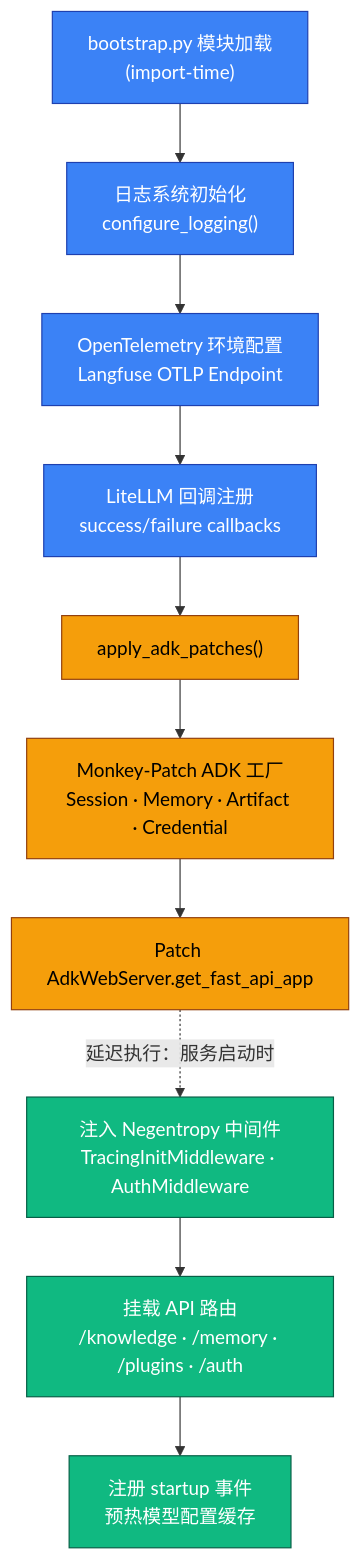
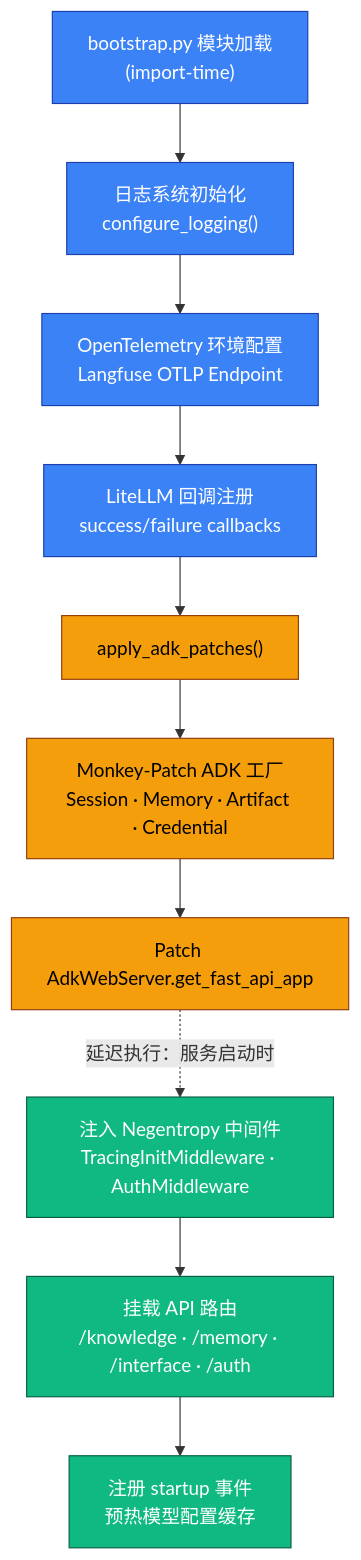
Before and after one commit to ThreeFish-AI/negentropy: the fifth of 10 diagrams in docs/framework.md, drawn with Mermaid. The commit also changed other lines of this file and 285 other files, not shown here.

````diff
--- a/docs/framework.md
+++ b/docs/framework.md
@@ -372,21 +372,21 @@
 ```mermaid
 flowchart TD
     A["bootstrap.py 模块加载<br>(import-time)"] --> B["日志系统初始化<br>configure_logging()"]
     B --> C["OpenTelemetry 环境配置<br>Langfuse OTLP Endpoint"]
     C --> D["LiteLLM 回调注册<br>success/failure callbacks"]
     D --> E["apply_adk_patches()"]
     E --> F["Monkey-Patch ADK 工厂<br>Session · Memory · Artifact · Credential"]
     F --> G["Patch AdkWebServer.get_fast_api_app"]
 
     G -.->|"延迟执行：服务启动时"| H["注入 Negentropy 中间件<br>TracingInitMiddleware · AuthMiddleware"]
-    H --> I["挂载 API 路由<br>/knowledge · /memory · /plugins · /auth"]
+    H --> I["挂载 API 路由<br>/knowledge · /memory · /interface · /auth"]
     I --> J["注册 startup 事件<br>预热模型配置缓存"]
 
     classDef boot fill:#3B82F6,stroke:#1E40AF,color:#FFF
     classDef patch fill:#F59E0B,stroke:#92400E,color:#000
     classDef serve fill:#10B981,stroke:#065F46,color:#FFF
 
     class A,B,C,D boot
     class E,F,G patch
     class H,I,J serve
 ```
````
